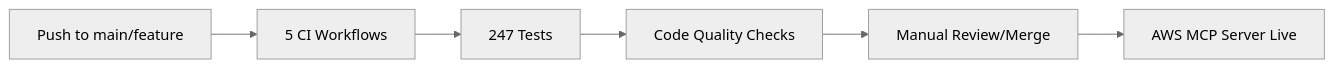
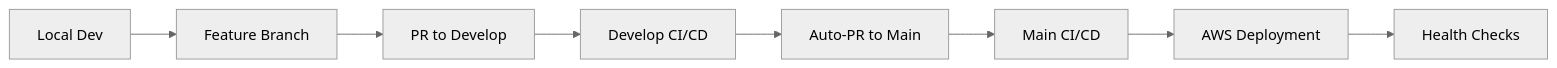
The diagram in docs/BRANCH_STRATEGY.md (bshepp/2014_CS102), drawn with Mermaid (neutral theme) before and after one commit. The commit also changed other lines of this file and 6 other files, not shown here.

````diff
--- a/docs/BRANCH_STRATEGY.md
+++ b/docs/BRANCH_STRATEGY.md
@@ -38,8 +39,10 @@
 ```mermaid
 graph LR
-    A[Push to main/feature] --> B[5 CI Workflows]
-    B --> C[247 Tests]
-    C --> D[Code Quality Checks]
-    D --> E[Manual Review/Merge]
-    E --> F[AWS MCP Server Live]
+    A[Local Dev] --> B[Feature Branch]
+    B --> C[PR to Develop]
+    C --> D[Develop CI/CD]
+    D --> E[Auto-PR to Main]
+    E --> F[Main CI/CD]
+    F --> G[AWS Deployment]
+    G --> H[Health Checks]
 ```
````
